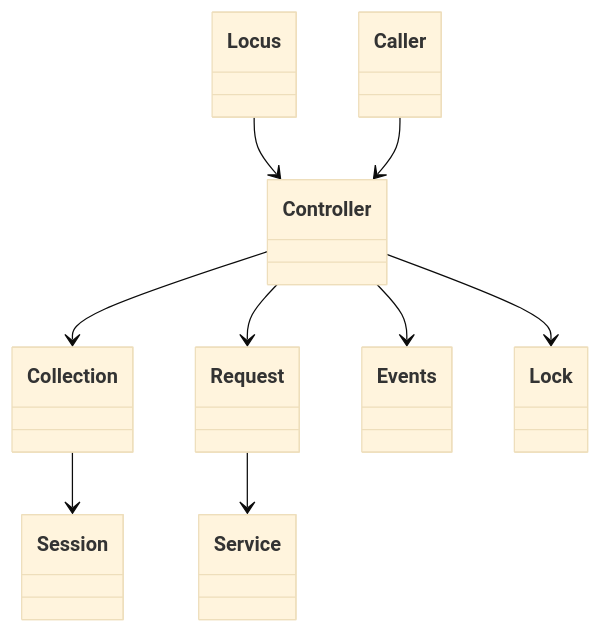
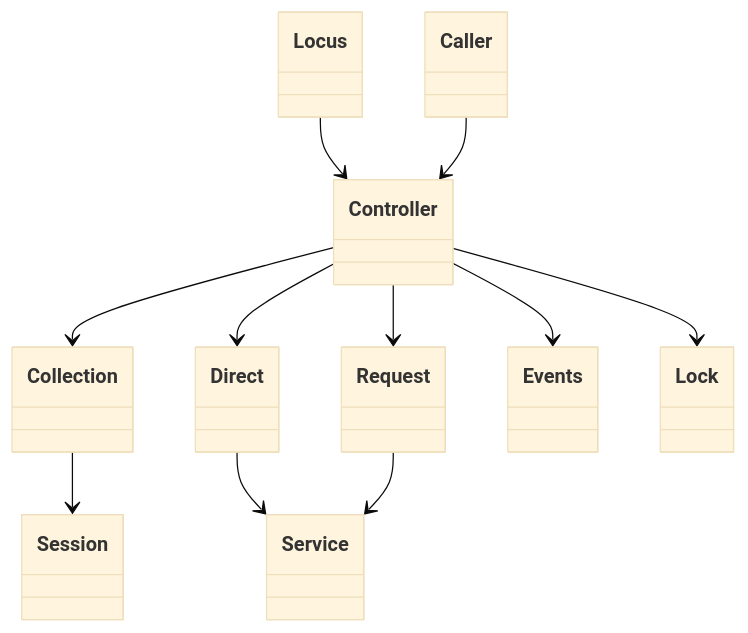
The fourth of 5 diagrams in packages/@webex/plugin-meetings/src/breakouts/ai-docs/breakouts-spec.md (webex/webex-js-sdk), drawn with Mermaid (base theme) before and after one commit. The commit also changed other lines of this file and 24 other files, not shown here.

````diff
--- a/packages/@webex/plugin-meetings/src/breakouts/ai-docs/breakouts-spec.md
+++ b/packages/@webex/plugin-meetings/src/breakouts/ai-docs/breakouts-spec.md
@@ -167,20 +226,23 @@
 ```mermaid
 classDiagram
   class Locus
   class Controller
   class Collection
   class Session
   class Caller
+  class Direct
   class Request
   class Service
   class Events
   class Lock
   Locus --> Controller
   Controller --> Collection
   Collection --> Session
   Caller --> Controller
+  Controller --> Direct
+  Direct --> Service
   Controller --> Request
   Request --> Service
   Controller --> Events
   Controller --> Lock
 ```
````
